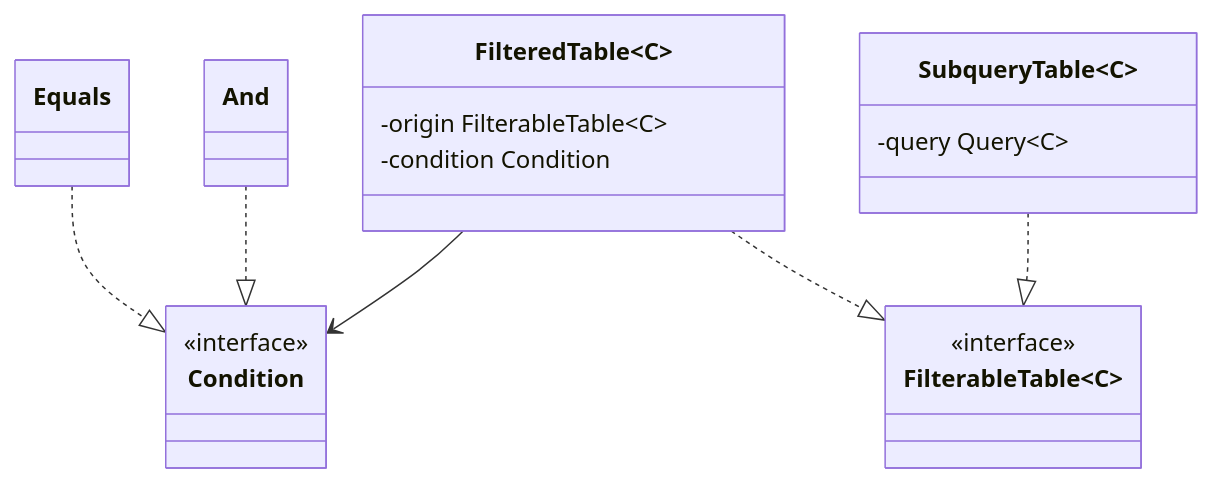
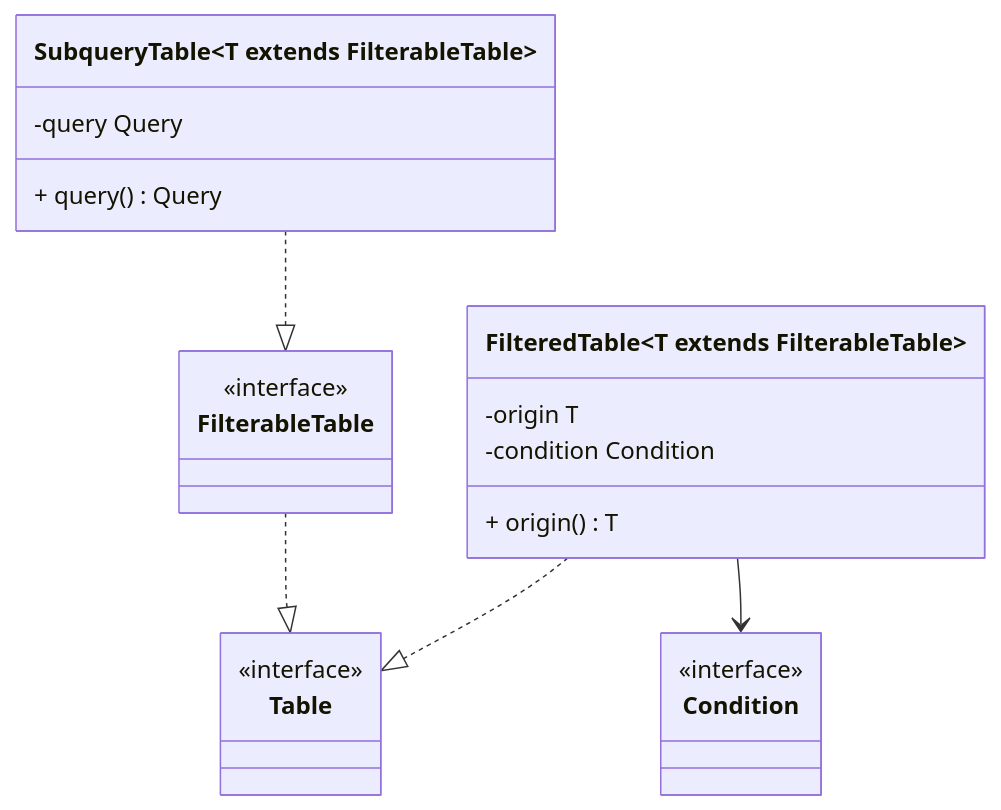
One commit to safarislava/QueryBricks changed the third of 10 diagrams in docs/domain.md. Above: the diagram before and after it, drawn with Mermaid. The commit also changed other lines of this file, not shown here.

Commit message:
docs: Remove schema

````diff
--- a/docs/domain.md
+++ b/docs/domain.md
@@ -51,27 +44,29 @@
 ```mermaid
 classDiagram
-    class FilterableTable~C~ {
+    class Table {
         <<interface>>
     }
+
+    class FilterableTable {
+        <<interface>>
+    }
+    FilterableTable ..|> Table
 
     class Condition {
         <<interface>>
     }
 
-    class Equals
-    Equals ..|> Condition
-    class And
-    And ..|> Condition
-
-    class FilteredTable~C~ {
-        -origin FilterableTable~C~
+    class FilteredTable~T extends FilterableTable~ {
+        -origin T
         -condition Condition
+        + origin() T
     }
-    FilteredTable ..|> FilterableTable
+    FilteredTable ..|> Table
     FilteredTable --> Condition
 
-    class SubqueryTable~C~ {
-        -query Query~C~
+    class SubqueryTable~T extends FilterableTable~ {
+        -query Query
+        + query() Query
     }
     SubqueryTable ..|> FilterableTable
 ```
````
